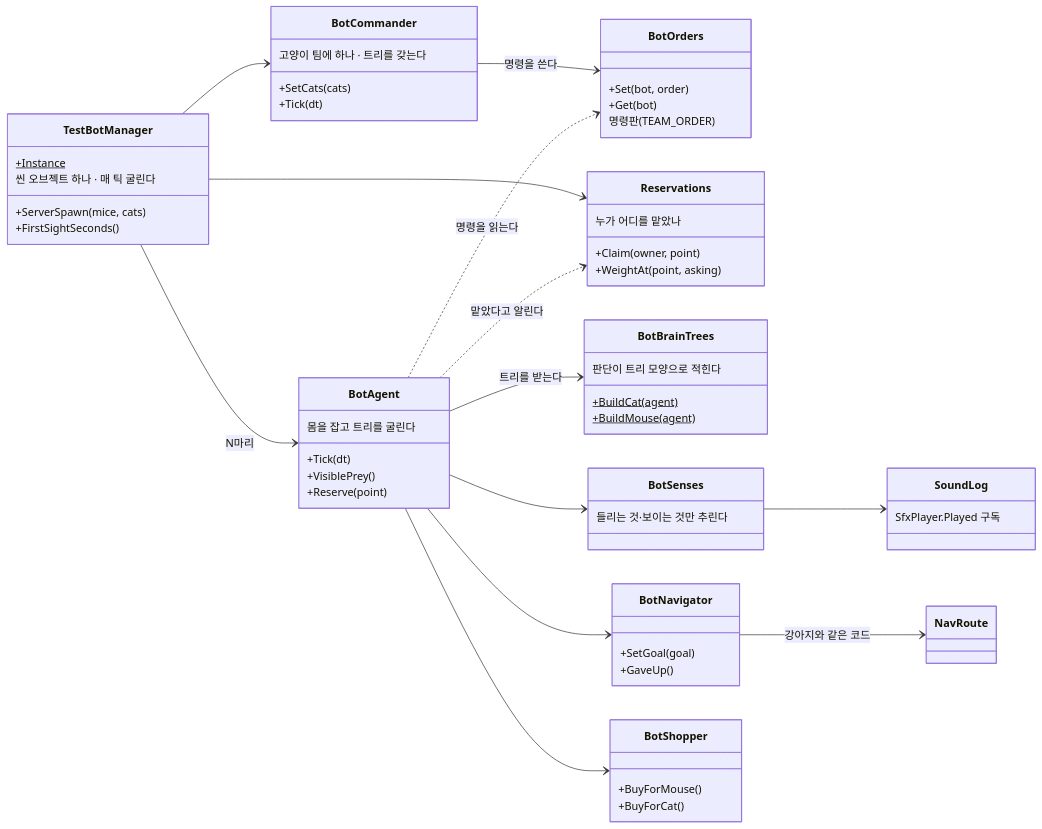
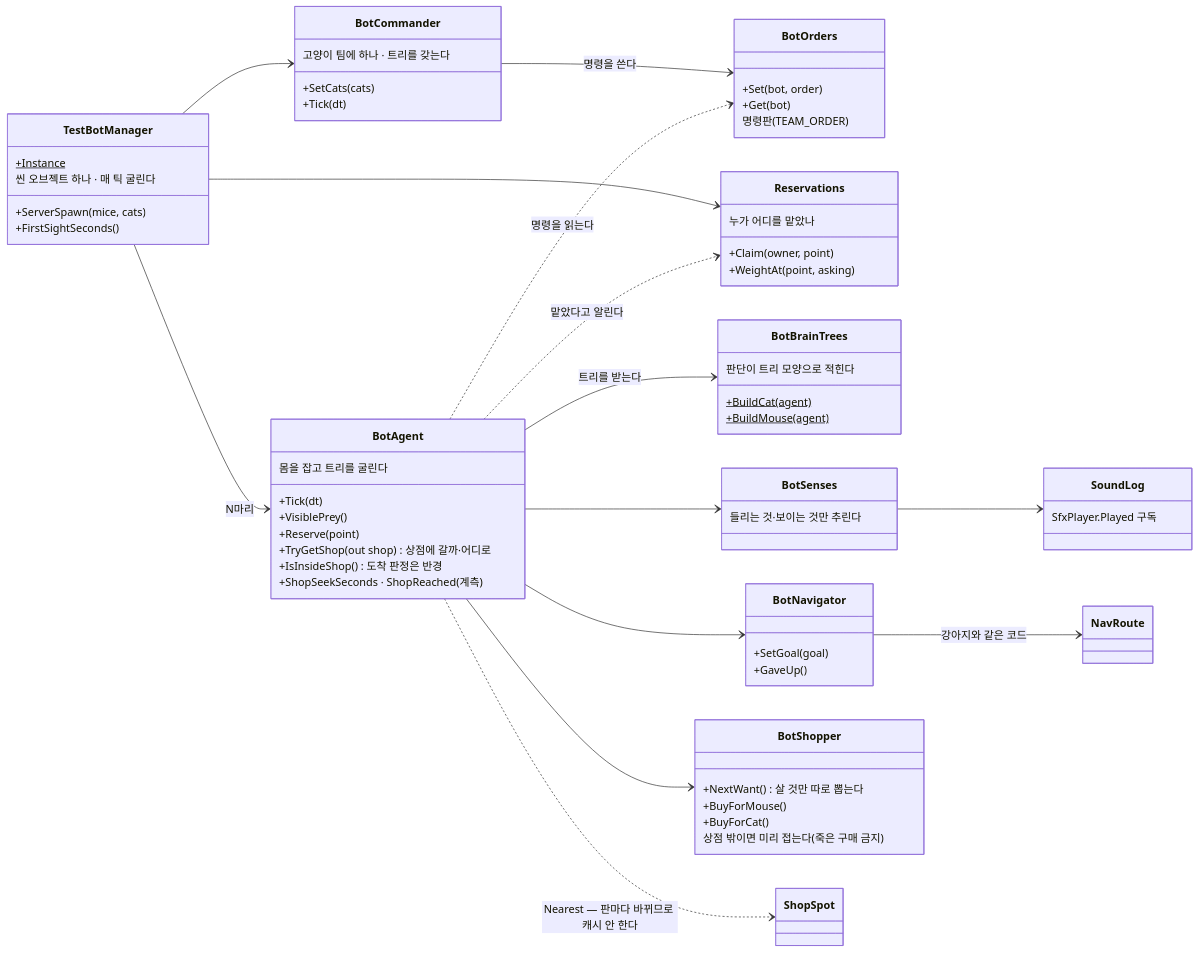
Before and after one commit to JeahanPark/The-Cheese-Thief-and-the-Cat: diagram 27 of 42 in CTC/docs/design-vault/코드 다이어그램.md, drawn with Mermaid. The commit also changed other lines of this file and 11 other files, not shown here.

````diff
--- a/CTC/docs/design-vault/코드 다이어그램.md
+++ b/CTC/docs/design-vault/코드 다이어그램.md
@@ -1436,65 +1437,71 @@
 ```mermaid
 classDiagram
     direction LR
 
     class TestBotManager {
         +Instance$
         +ServerSpawn(mice, cats)
         +FirstSightSeconds()
         씬 오브젝트 하나 · 매 틱 굴린다
     }
     class BotCommander {
         +SetCats(cats)
         +Tick(dt)
         고양이 팀에 하나 · 트리를 갖는다
     }
     class BotOrders {
         +Set(bot, order)
         +Get(bot)
         명령판 (TEAM_ORDER)
     }
     class Reservations {
         +Claim(owner, point)
         +WeightAt(point, asking)
         누가 어디를 맡았나
     }
     class BotAgent {
         +Tick(dt)
         +VisiblePrey()
         +Reserve(point)
+        +TryGetShop(out shop) 상점에 갈까·어디로
+        +IsInsideShop() 도착 판정은 반경
+        +ShopSeekSeconds · ShopReached (계측)
         몸을 잡고 트리를 굴린다
     }
     class BotBrainTrees {
         +BuildCat(agent)$
         +BuildMouse(agent)$
         판단이 트리 모양으로 적힌다
     }
     class BotSenses {
         들리는 것·보이는 것만 추린다
     }
     class BotNavigator {
         +SetGoal(goal)
         +GaveUp()
     }
     class BotShopper {
+        +NextWant() 살 것만 따로 뽑는다
         +BuyForMouse()
         +BuyForCat()
+        상점 밖이면 미리 접는다(죽은 구매 금지)
     }
     class SoundLog {
         SfxPlayer.Played 구독
     }
     class NavRoute
 
     TestBotManager --> BotAgent : N마리
     TestBotManager --> BotCommander
     TestBotManager --> Reservations
     BotCommander --> BotOrders : 명령을 쓴다
     BotAgent ..> BotOrders : 명령을 읽는다
     BotAgent ..> Reservations : 맡았다고 알린다
     BotAgent --> BotBrainTrees : 트리를 받는다
     BotAgent --> BotSenses
     BotAgent --> BotNavigator
     BotAgent --> BotShopper
+    BotAgent ..> ShopSpot : Nearest — 판마다 바뀌므로 캐시 안 한다
     BotNavigator --> NavRoute : 강아지와 같은 코드
     BotSenses --> SoundLog
 ```
````
